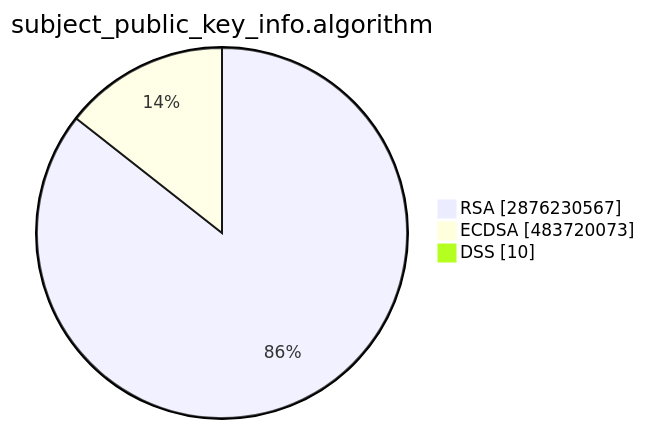
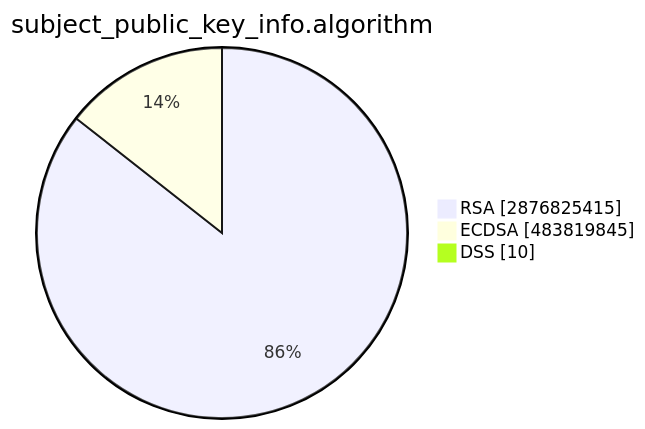
One commit to christiankrug/ctmonitor_visualization changed the second of 15 diagrams in TOTAL/README.md. Above: the diagram before and after it, drawn with Mermaid. The commit also changed other lines of this file, not shown here.

````diff
--- a/TOTAL/README.md
+++ b/TOTAL/README.md
@@ -6,7 +6,7 @@
 ```mermaid
 pie showData
 title subject_public_key_info.algorithm
-"RSA" :2876230567
-"ECDSA" :483720073
+"RSA" :2876825415
+"ECDSA" :483819845
 "DSS" :10
 ```
````
